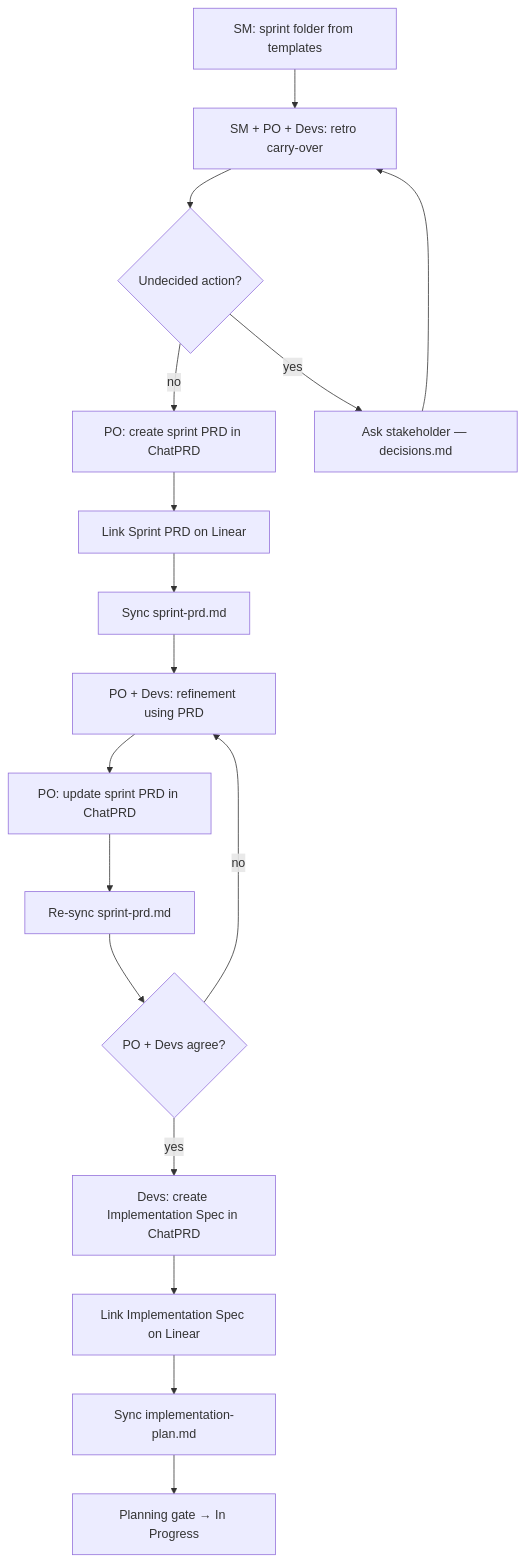
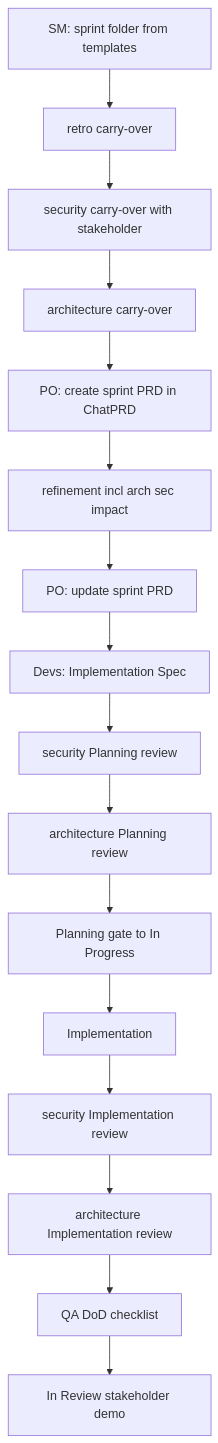
The diagram in .cursor/plans/delivery/velumia-sprint-ceremony.plan.md (liebsoer/velumia), drawn with Mermaid before and after one commit. The commit also changed other lines of this file and 5 other files, not shown here.

First line of the commit message:
docs(ceremony): wire arch and security reviews into sprint gates

````diff
--- a/.cursor/plans/delivery/velumia-sprint-ceremony.plan.md
+++ b/.cursor/plans/delivery/velumia-sprint-ceremony.plan.md
@@ -19,27 +19,23 @@
 ```mermaid
 flowchart TD
   SM[SM: sprint folder from templates]
-  Retro["SM + PO + Devs: retro carry-over"]
-  Stakeholder{Undecided action?}
-  PRDCreate["PO: create sprint PRD in ChatPRD"]
-  LinearLink1[Link Sprint PRD on Linear]
-  SyncDown1[Sync sprint-prd.md]
-  Refine["PO + Devs: refinement using PRD"]
-  PRDUpdate["PO: update sprint PRD in ChatPRD"]
-  SyncDown2[Re-sync sprint-prd.md]
-  Agree{PO + Devs agree?}
-  ImplCreate["Devs: create Implementation Spec in ChatPRD"]
-  LinearLink2[Link Implementation Spec on Linear]
-  SyncImpl[Sync implementation-plan.md]
-  Gate[Planning gate → In Progress]
+  Retro[retro carry-over]
+  SecCarry[security carry-over with stakeholder]
+  ArchCarry[architecture carry-over]
+  PRDCreate[PO: create sprint PRD in ChatPRD]
+  Refine[refinement incl arch sec impact]
+  PRDUpdate[PO: update sprint PRD]
+  ImplCreate[Devs: Implementation Spec]
+  SecPlan[security Planning review]
+  ArchPlan[architecture Planning review]
+  Gate[Planning gate to In Progress]
+  Impl[Implementation]
+  SecImpl[security Implementation review]
+  ArchImpl[architecture Implementation review]
+  QA[QA DoD checklist]
+  Review[In Review stakeholder demo]
 
-  SM --> Retro
-  Retro --> Stakeholder
-  Stakeholder -->|yes| StakeholderAsk[Ask stakeholder — decisions.md]
-  StakeholderAsk --> Retro
-  Stakeholder -->|no| PRDCreate
-  PRDCreate --> LinearLink1 --> SyncDown1 --> Refine
-  Refine --> PRDUpdate --> SyncDown2 --> Agree
-  Agree -->|yes| ImplCreate --> LinearLink2 --> SyncImpl --> Gate
-  Agree -->|no| Refine
+  SM --> Retro --> SecCarry --> ArchCarry --> PRDCreate --> Refine
+  Refine --> PRDUpdate --> ImplCreate --> SecPlan --> ArchPlan --> Gate
+  Gate --> Impl --> SecImpl --> ArchImpl --> QA --> Review
 ```
````
